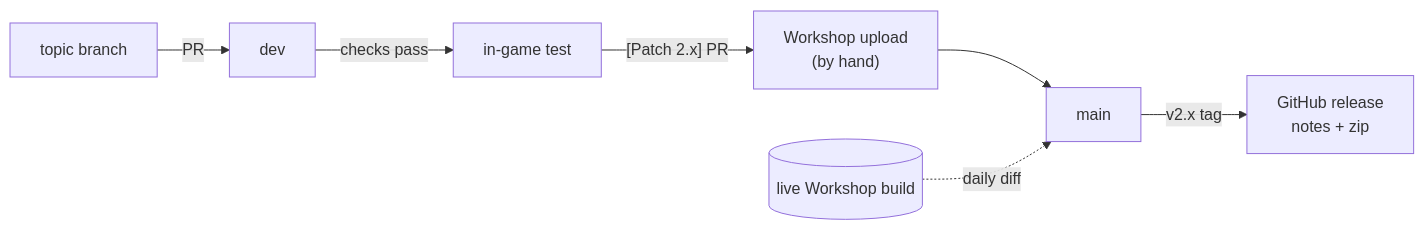
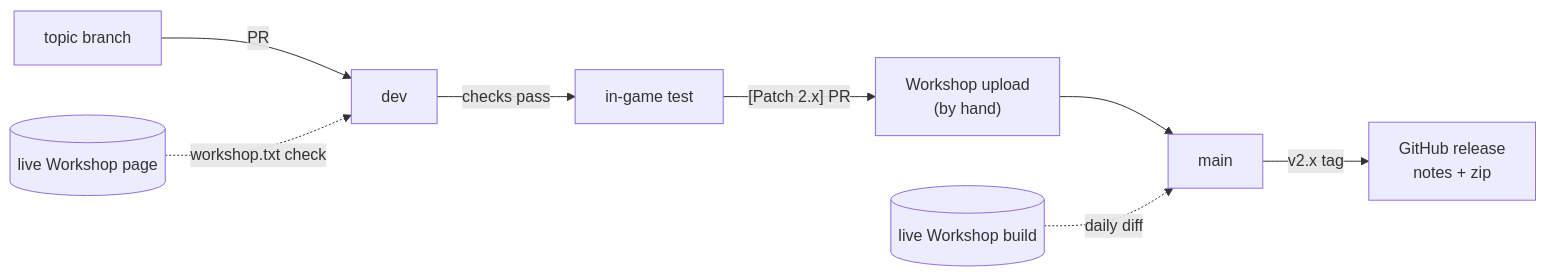
The third of 3 diagrams in ARCHITECTURE.md (mariaalexissales/Bundle-Up), drawn with Mermaid before and after one commit. The commit also changed other lines of this file and 1 other file, not shown here.

Commit message:
chore: readme and architecture cover the workshop page check

````diff
--- a/ARCHITECTURE.md
+++ b/ARCHITECTURE.md
@@ -134,9 +135,10 @@
 ```mermaid
 flowchart LR
     topic["topic branch"] -->|PR| dev
     dev -->|"checks pass"| test["in-game test"]
     test -->|"[Patch 2.x] PR"| upload["Workshop upload<br/>(by hand)"]
     upload --> main
     main -->|"v2.x tag"| release["GitHub release<br/>notes + zip"]
     ws[("live Workshop build")] -.->|"daily diff"| main
+    page[("live Workshop page")] -.->|"workshop.txt check"| dev
 ```
````
